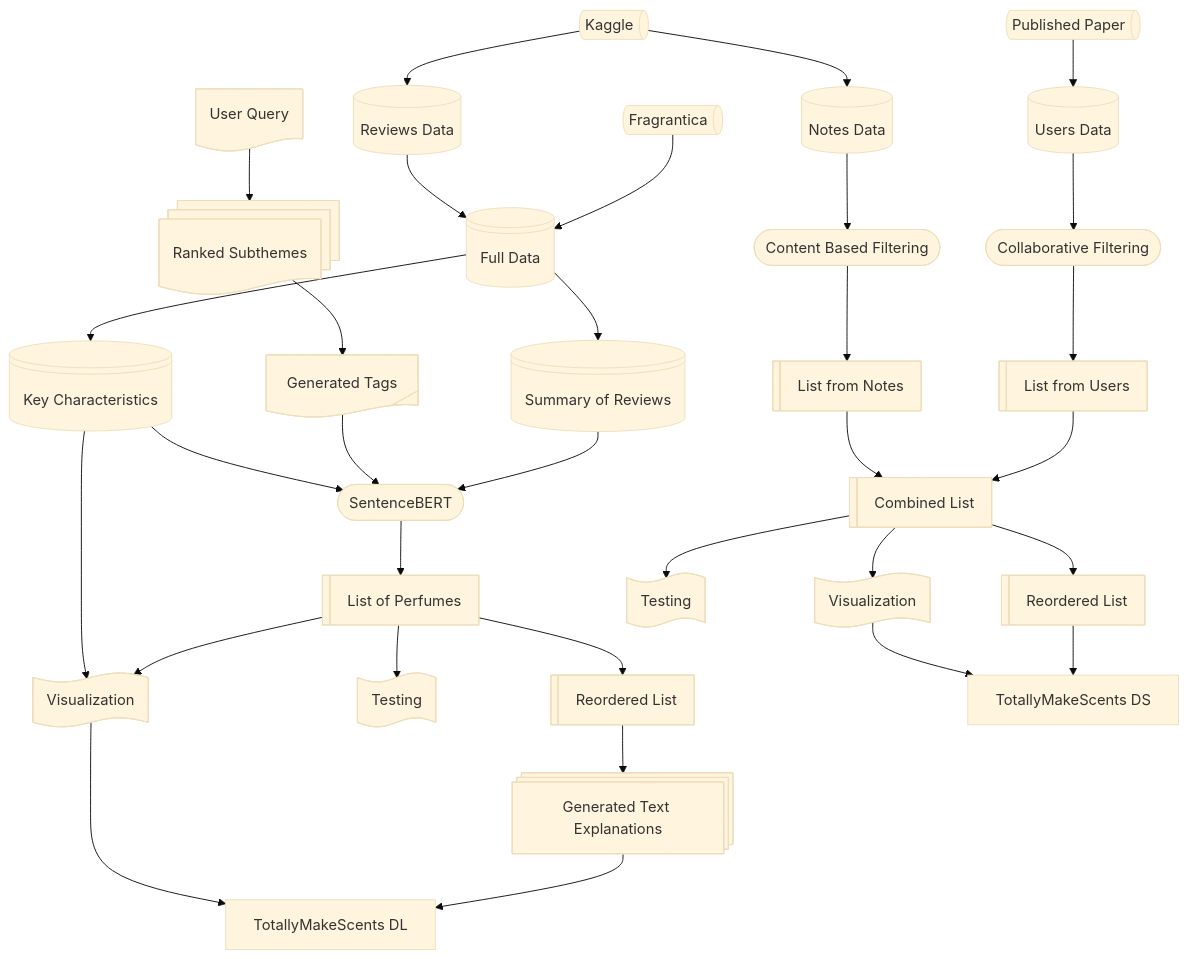
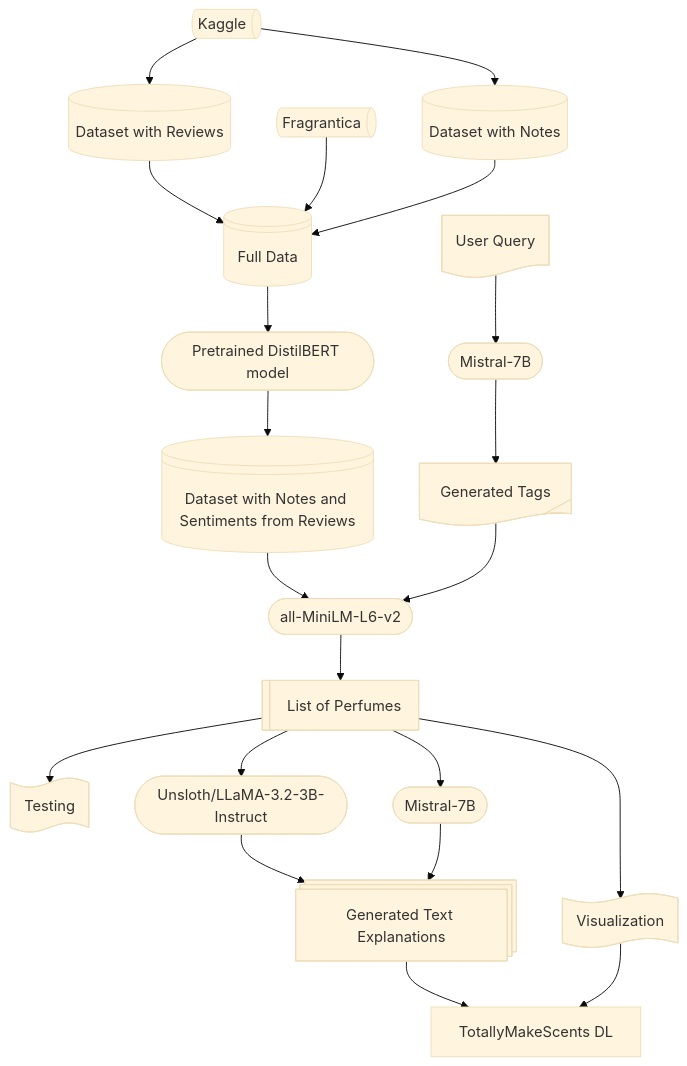
Before and after one commit to juntongsu/totallymakescents: the diagram in README.md, drawn with Mermaid (base theme). The commit also changed other lines of this file and 4 other files, not shown here.

````diff
--- a/README.md
+++ b/README.md
@@ -7,52 +8,31 @@
 ```mermaid
 flowchart TB
-    A["Users Data"] --> B(["Collaborative Filtering"])
-    B --> C["List from Users"]
-    n1["Notes Data"] --> n3(["Content Based Filtering"])
-    n3 --> n4["List from Notes"]
-    C --> n5["Combined List"]
-    n4 --> n5
-    n5 --> n6["Reordered List"]
-    n2["Full Data"] --> n7["Summary of Reviews"]
-    u1["User Query"] --> n8["Ranked Subthemes"]
-    n8 --> n9["Generated Tags"]
-    n7 --> n10(["SentenceBERT"])
-    n9 --> n10
+    u1["User Query"] --> n8(["Mistral-7B"])
+    n7["Dataset with Notes and Sentiments from Reviews"] --> n10(["all-MiniLM-L6-v2"])
+    n9["Generated Tags"] --> n10
     n10 --> n11["List of Perfumes"]
-    n11 --> n12["Reordered List"] & n18["Testing"] & n20["Visualization"]
-    n12 --> n13["Generated Text Explanations"]
-    n14["Kaggle"] --> n1 & n22["Reviews Data"]
+    n11 --> n18["Testing"] & n20["Visualization"] & n12(["Unsloth/LLaMA-3.2-3B-Instruct"]) & n28(["Mistral-7B"])
+    n14["Kaggle"] --> n1["Dataset with Notes"] & n22["Dataset with Reviews"]
+    n22 --> n2["Full Data"]
+    n13["Generated Text Explanations"] --> n24["TotallyMakeScents DL"]
+    n20 --> n24
+    n2 --> n27(["Pretrained DistilBERT model"])
+    n27 --> n7
     n15["Fragrantica"] --> n2
-    n16["Published Paper"] --> A
-    n5 --> n17["Testing"] & n19["Visualization"]
-    n21["Key Characteristics"] --> n20 & n10
-    n2 --> n21
-    n22 --> n2
-    n6 --> n23["TotallyMakeScents DS"]
-    n19 --> n23
-    n13 --> n24["TotallyMakeScents DL"]
-    n20 --> n24
-    A@{ shape: db}
-    C@{ shape: lin-proc}
-    n1@{ shape: db}
-    n4@{ shape: lin-proc}
-    n5@{ shape: lin-proc}
-    n6@{ shape: lin-proc}
-    n2@{ shape: disk}
+    n8 --> n9
+    n1 --> n2
+    n12 --> n13
+    n28 --> n13
+    u1@{ shape: doc}
     n7@{ shape: disk}
-    u1@{ shape: doc}
-    n8@{ shape: docs}
     n9@{ shape: tag-doc}
     n11@{ shape: lin-proc}
-    n12@{ shape: lin-proc}
     n18@{ shape: paper-tape}
     n20@{ shape: paper-tape}
+    n14@{ shape: das}
+    n1@{ shape: db}
+    n22@{ shape: cyl}
+    n2@{ shape: disk}
     n13@{ shape: procs}
-    n14@{ shape: das}
-    n22@{ shape: cyl}
     n15@{ shape: das}
-    n16@{ shape: das}
-    n17@{ shape: paper-tape}
-    n19@{ shape: paper-tape}
-    n21@{ shape: disk}
 ```
````
